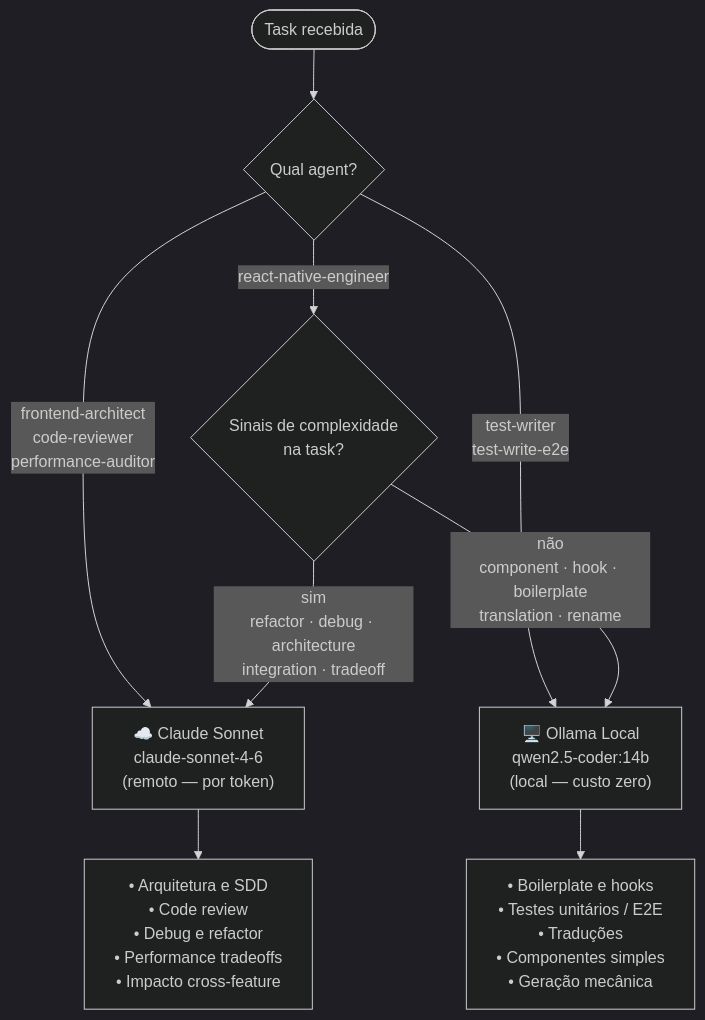
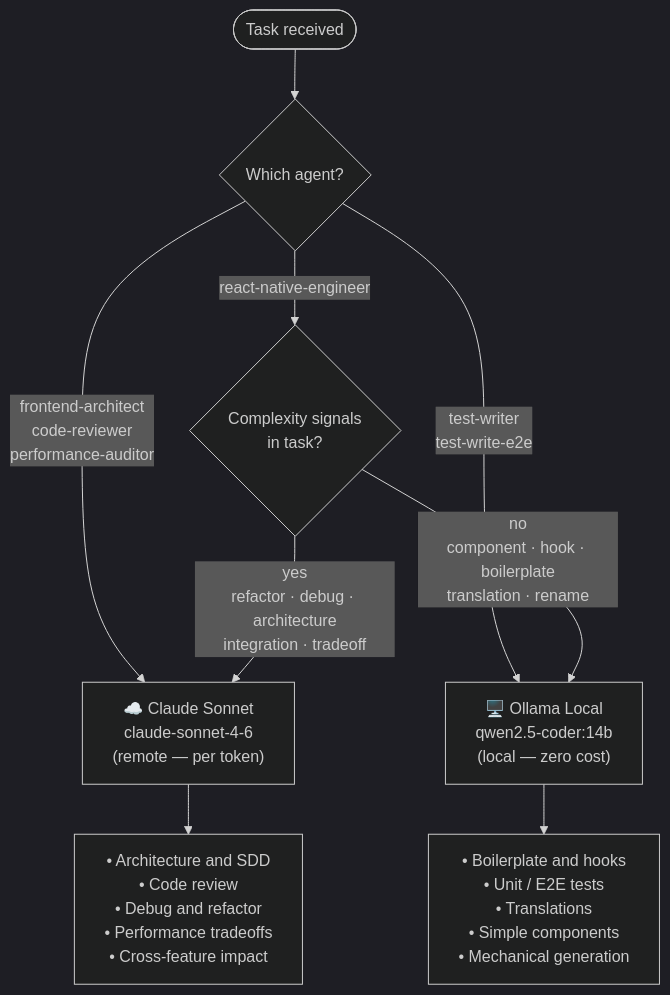
One commit to eugenioduarte/FUSE changed the diagram in .ai/router/router.md. Above: the diagram before and after it, drawn with Mermaid (dark theme). The commit also changed other lines of this file and 29 other files, not shown here.

````diff
--- a/.ai/router/router.md
+++ b/.ai/router/router.md
@@ -93,19 +97,19 @@
 ```mermaid
 flowchart TD
-    T([Task recebida]) --> A{Qual agent?}
+    T([Task received]) --> A{Which agent?}
 
     A -->|frontend-architect\ncode-reviewer\nperformance-auditor| CLAUDE
 
     A -->|test-writer\ntest-write-e2e| LOCAL
 
-    A -->|react-native-engineer| C{Sinais de complexidade\nna task?}
+    A -->|react-native-engineer| C{Complexity signals\nin task?}
 
-    C -->|sim\nrefactor · debug · architecture\nintegration · tradeoff| CLAUDE
-    C -->|não\ncomponent · hook · boilerplate\ntranslation · rename| LOCAL
+    C -->|yes\nrefactor · debug · architecture\nintegration · tradeoff| CLAUDE
+    C -->|no\ncomponent · hook · boilerplate\ntranslation · rename| LOCAL
 
-    CLAUDE["☁️  Claude Sonnet\nclaude-sonnet-4-6\n(remoto — por token)"]
-    LOCAL["🖥️  Ollama Local\nqwen2.5-coder:14b\n(local — custo zero)"]
+    CLAUDE["☁️  Claude Sonnet\nclaude-sonnet-4-6\n(remote — per token)"]
+    LOCAL["🖥️  Ollama Local\nqwen2.5-coder:14b\n(local — zero cost)"]
 
-    CLAUDE --> R1["• Arquitetura e SDD\n• Code review\n• Debug e refactor\n• Performance tradeoffs\n• Impacto cross-feature"]
-    LOCAL  --> R2["• Boilerplate e hooks\n• Testes unitários / E2E\n• Traduções\n• Componentes simples\n• Geração mecânica"]
+    CLAUDE --> R1["• Architecture and SDD\n• Code review\n• Debug and refactor\n• Performance tradeoffs\n• Cross-feature impact"]
+    LOCAL  --> R2["• Boilerplate and hooks\n• Unit / E2E tests\n• Translations\n• Simple components\n• Mechanical generation"]
 ```
````
